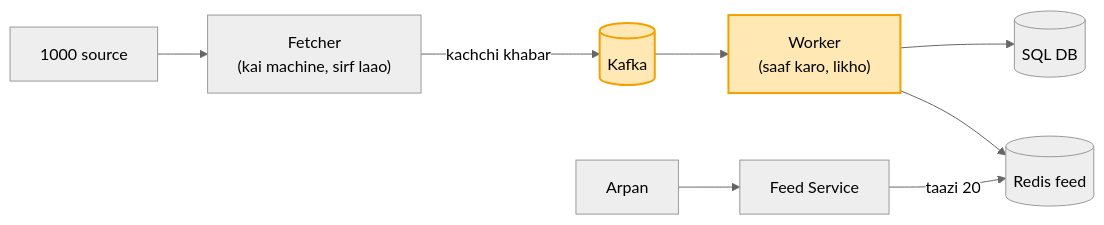
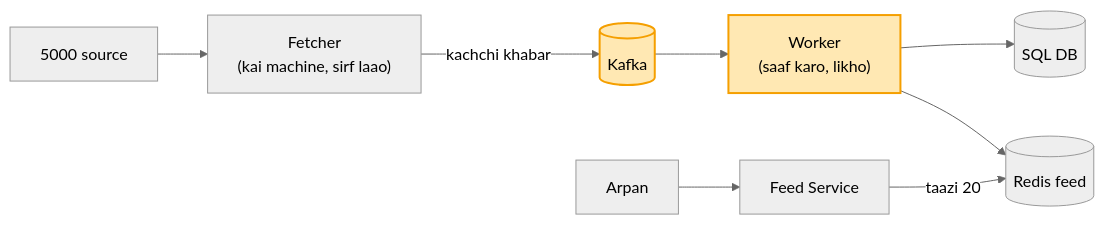
Before and after one commit to ArpanMaheshwari144/Prep: the third of 8 diagrams in 04_HLD/SYSTEM_DESIGNS/08_news_aggregator/08_news_aggregator.md, drawn with Mermaid (neutral theme). The commit also changed other lines of this file, not shown here.

````diff
--- a/04_HLD/SYSTEM_DESIGNS/08_news_aggregator/08_news_aggregator.md
+++ b/04_HLD/SYSTEM_DESIGNS/08_news_aggregator/08_news_aggregator.md
@@ -139,12 +146,12 @@
 ```mermaid
 flowchart LR
-    S["1000 source"] --> F["Fetcher<br/>(kai machine, sirf laao)"]
+    S["5000 source"] --> F["Fetcher<br/>(kai machine, sirf laao)"]
     F -- "kachchi khabar" --> K[("Kafka")]
     K --> W["Worker<br/>(saaf karo, likho)"]
     W --> D[("SQL DB")]
     W --> R[("Redis feed")]
     A["Arpan"] --> FS["Feed Service"]
     FS -- "taazi 20" --> R
     style K fill:#ffe8b3,stroke:#f59f00,stroke-width:2px,color:#000
     style W fill:#ffe8b3,stroke:#f59f00,stroke-width:2px,color:#000
 ```
````
